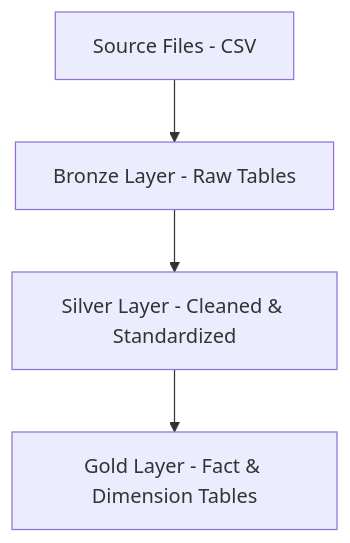
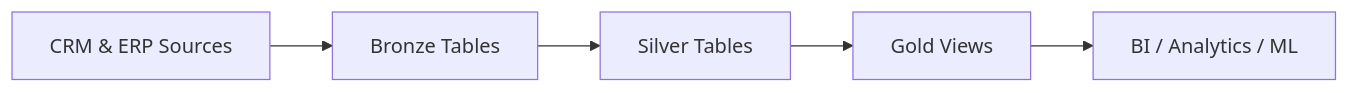
Before and after one commit to manjotkaurr31/DataWarehouse: the diagram in README.md, drawn with Mermaid. The commit also changed other lines of this file, not shown here.

````diff
--- a/README.md
+++ b/README.md
@@ -56,6 +113,7 @@
 ```mermaid
-graph TD
-    A[Source Files - CSV] --> B[Bronze Layer - Raw Tables]
-    B --> C[Silver Layer - Cleaned & Standardized]
-    C --> D[Gold Layer - Fact & Dimension Tables]
+graph LR
+    A[CRM & ERP Sources] --> B[Bronze Tables]
+    B --> C[Silver Tables]
+    C --> D[Gold Views]
+    D --> E[BI / Analytics / ML]
 ```
````
